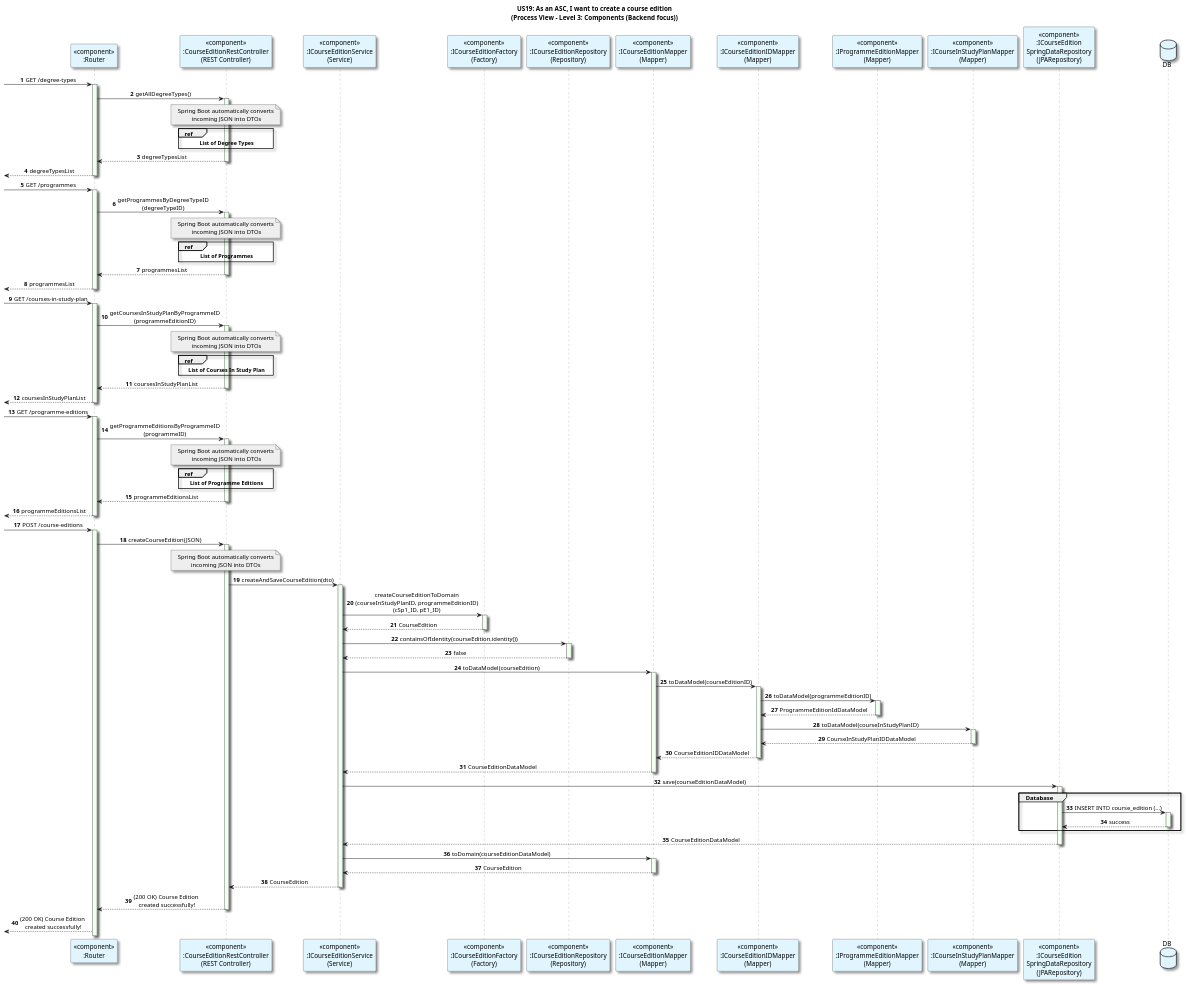
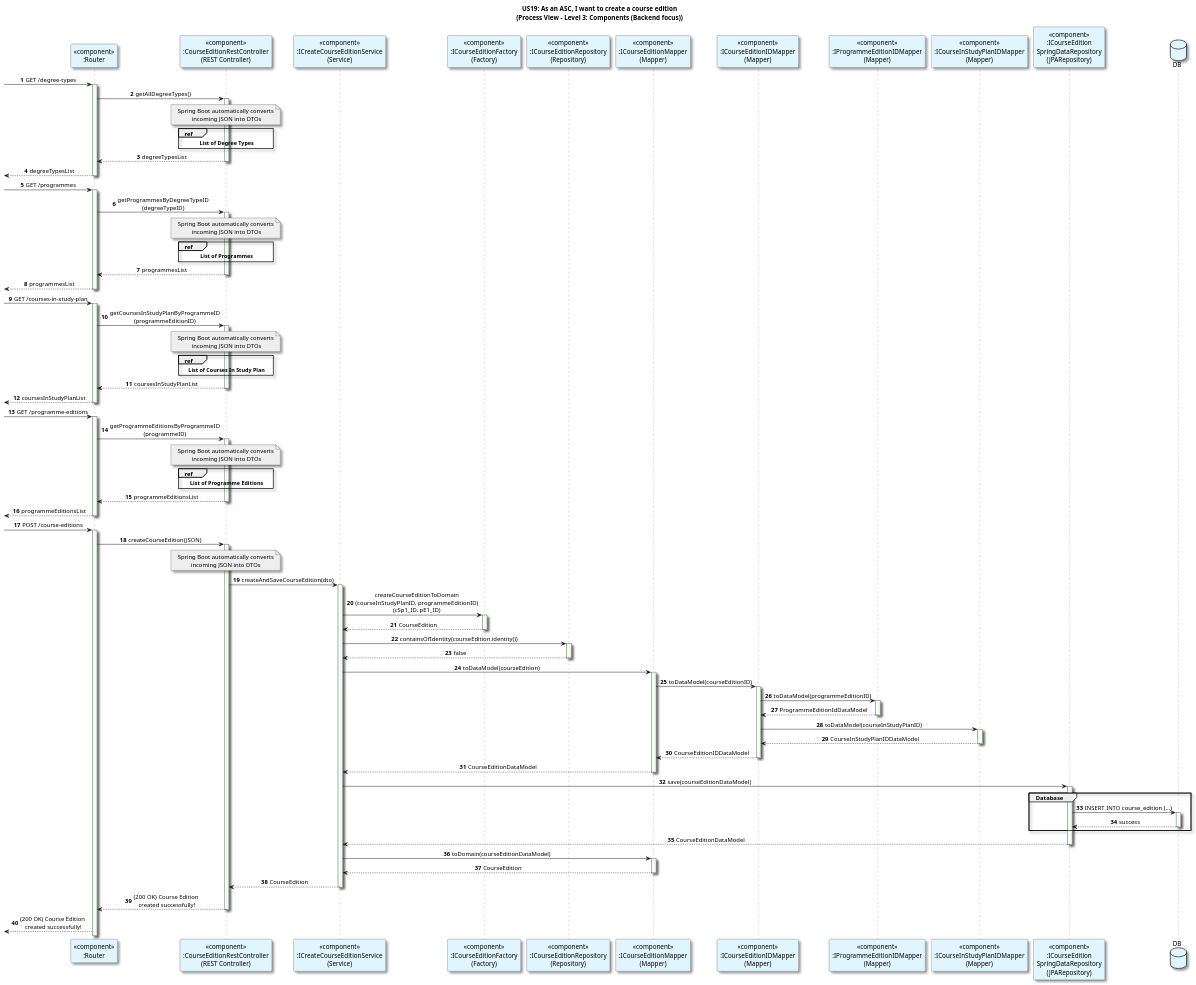
One commit to GasparISEP/DevOps-PAI changed the diagram in docs/US19/Sprint6_RestAPI/ProcessView/CreateCourseEdition_Level3_Backend.puml. Above: the diagram before and after it, drawn with PlantUML. The commit also changed 1 other file, not shown here.

Commit message:
[docs]: Add class diagram for createCourseEdition functionality and fix names in level 3 process view (Refs: #536, #549, #600)

```diff
--- a/docs/US19/Sprint6_RestAPI/ProcessView/CreateCourseEdition_Level3_Backend.puml
+++ b/docs/US19/Sprint6_RestAPI/ProcessView/CreateCourseEdition_Level3_Backend.puml
@@ -1,169 +1,169 @@
 @startuml
 title: US19: As an ASC, I want to create a course edition\n(Process View - Level 3: Components (Backend focus))
 autonumber
 
 skinparam {
   ActivityPadding 2
   ActivityMargin 2
   BoxPadding 2
 }
 skinparam sequence {
     LifeLineBorderColor Grey
     LifeLineBackgroundColor HoneyDew
 }
 skinparam defaultTextAlignment center
 skinparam shadowing true
 
 participant "<<component>>\n:Router" as router #E1F5FE
 
 participant "<<component>>\n:CourseEditionRestController\n(REST Controller)" as Controller #E1F5FE
-participant "<<component>>\n:ICourseEditionService\n(Service)" as Service #E1F5FE
+participant "<<component>>\n:ICreateCourseEditionService\n(Service)" as Service #E1F5FE
 participant "<<component>>\n:ICourseEditionFactory\n(Factory)" as CourseEditionFactory #E1F5FE
 participant "<<component>>\n:ICourseEditionRepository\n(Repository)" as Repository #E1F5FE
 participant "<<component>>\n:ICourseEditionMapper\n(Mapper)" as Mapper #E1F5FE
 participant "<<component>>\n:ICourseEditionIDMapper\n(Mapper)" as IDMapper #E1F5FE
-participant "<<component>>\n:IProgrammeEditionMapper\n(Mapper)" as PEMapper #E1F5FE
-participant "<<component>>\n:ICourseInStudyPlanMapper\n(Mapper)" as CSPMapper #E1F5FE
+participant "<<component>>\n:IProgrammeEditionIDMapper\n(Mapper)" as PEMapper #E1F5FE
+participant "<<component>>\n:ICourseInStudyPlanIDMapper\n(Mapper)" as CSPMapper #E1F5FE
 participant "<<component>>\n:ICourseEdition\nSpringDataRepository\n(JPARepository)" as SpringData #E1F5FE
 
 database DB as Database #E1F5FE
 
 -> router: GET /degree-types
 activate router
 router -> Controller: getAllDegreeTypes()
 activate Controller
 note over Controller #EEEEEE
 Spring Boot automatically converts
  incoming JSON into DTOs
 end note
 ref over Controller
    <b>List of Degree Types</b>
 end ref
 Controller --> router: degreeTypesList
 deactivate Controller
 <-- router: degreeTypesList
 deactivate router
 
 -> router: GET /programmes
 activate router
 router -> Controller: getProgrammesByDegreeTypeID\n(degreeTypeID)
 activate Controller
 note over Controller #EEEEEE
 Spring Boot automatically converts
  incoming JSON into DTOs
 end note
 ref over Controller
    <b>List of Programmes</b>
 end ref
 Controller --> router: programmesList
 deactivate Controller
 <-- router: programmesList
 deactivate router
 
 -> router: GET /courses-in-study-plan
 activate router
 router -> Controller: getCoursesInStudyPlanByProgrammeID\n(programmeEditionID)
 activate Controller
 note over Controller #EEEEEE
 Spring Boot automatically converts
  incoming JSON into DTOs
 end note
 ref over Controller
    <b>List of Courses In Study Plan</b>
 end ref
 Controller --> router: coursesInStudyPlanList
 deactivate Controller
 <-- router: coursesInStudyPlanList
 deactivate router
 
 -> router: GET /programme-editions
 activate router
 router -> Controller: getProgrammeEditionsByProgrammeID\n(programmeID)
 activate Controller
 note over Controller #EEEEEE
 Spring Boot automatically converts
  incoming JSON into DTOs
 end note
 ref over Controller
    <b>List of Programme Editions</b>
 end ref
 Controller --> router: programmeEditionsList
 deactivate Controller
 <-- router: programmeEditionsList
 deactivate router
 
 -> router: POST /course-editions
 activate router
 router -> Controller: createCourseEdition(JSON)
 
 activate Controller
 
 note over Controller #EEEEEE
 Spring Boot automatically converts
 incoming JSON into DTOs
 end note
 
 
 
 
 Controller -> Service: createAndSaveCourseEdition(dto)
 activate Service
 
 
 Service -> CourseEditionFactory: createCourseEditionToDomain\n(courseInStudyPlanID, programmeEditionID)\n(cSp1_ID, pE1_ID)
 activate CourseEditionFactory
 CourseEditionFactory --> Service -- : CourseEdition
 Service -> Repository: containsOfIdentity(courseEdition.identity())
 activate Repository
 Repository --> Service: false
 deactivate Repository
 
 
 
 Service -> Mapper : toDataModel(courseEdition)
 activate Mapper
 Mapper -> IDMapper : toDataModel(courseEditionID)
 activate IDMapper
 IDMapper -> PEMapper : toDataModel(programmeEditionID)
 activate PEMapper
 PEMapper --> IDMapper : ProgrammeEditionIdDataModel
 deactivate PEMapper
 IDMapper -> CSPMapper : toDataModel(courseInStudyPlanID)
 activate CSPMapper
 CSPMapper --> IDMapper : CourseInStudyPlanIDDataModel
 deactivate CSPMapper
 IDMapper --> Mapper : CourseEditionIDDataModel
 deactivate
 Mapper --> Service : CourseEditionDataModel
 deactivate
 
 
 
 Service -> SpringData : save(courseEditionDataModel)
 activate SpringData
 
 group Database
 SpringData -> Database: INSERT INTO course_edition (...)
 activate Database
 Database --> SpringData: success
 deactivate Database
 end
 
 
 SpringData --> Service : CourseEditionDataModel
 deactivate
 
 
 Service -> Mapper : toDomain(courseEditionDataModel)
 activate Mapper
 Mapper --> Service : CourseEdition
 deactivate
 
 Service --> Controller : CourseEdition
 deactivate
 
 Controller --> router:  (200 OK) Course Edition\n created successfully!
 deactivate Controller
 
 <-- router:  (200 OK) Course Edition\n created successfully!
 @enduml
```
